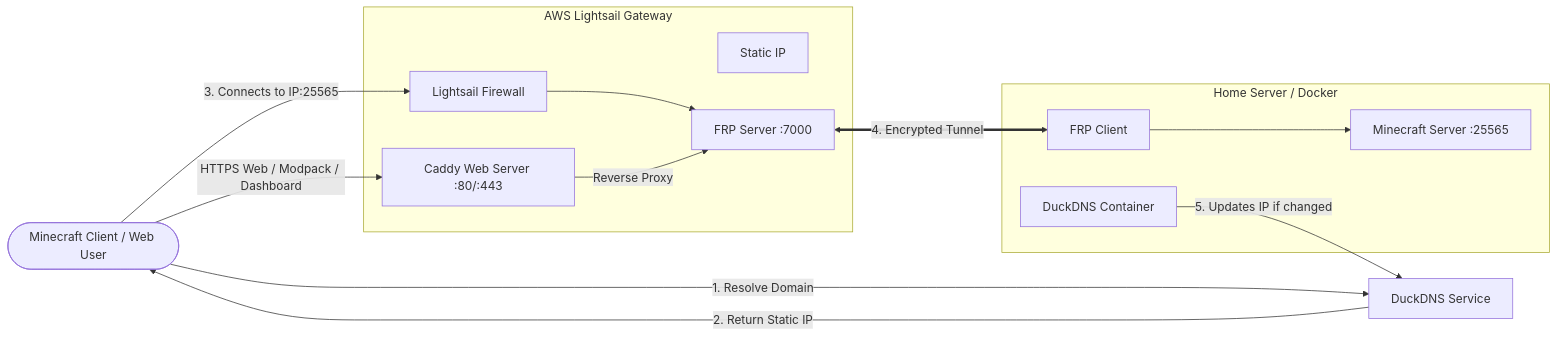
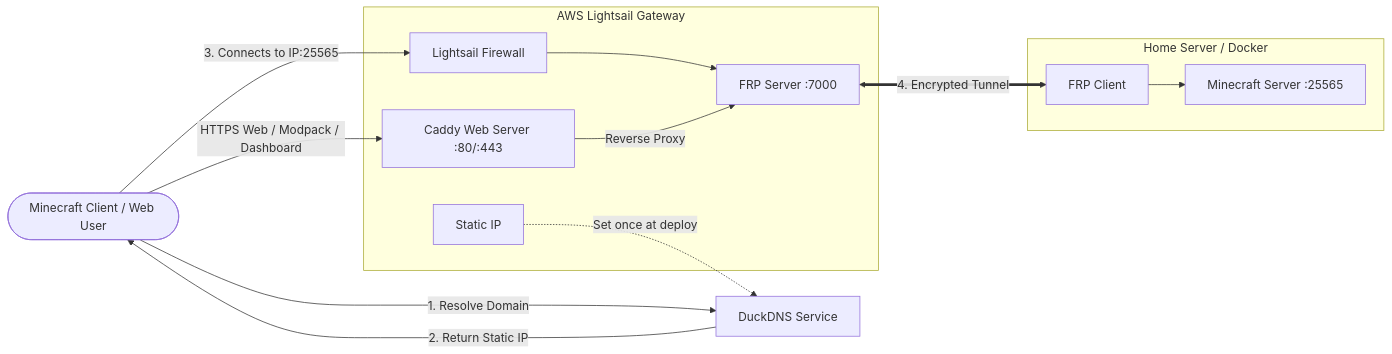
The diagram in README.md (ElliotRedhead/HybridMCServer), drawn with Mermaid before and after one commit. The commit also changed other lines of this file, not shown here.

````diff
--- a/README.md
+++ b/README.md
@@ -15,28 +15,27 @@
 ```mermaid
 graph LR
     User([Minecraft Client / Web User]) -- 1. Resolve Domain --> DNS[DuckDNS Service]
     DNS -- 2. Return Static IP --> User
 
     subgraph AWS [AWS Lightsail Gateway]
         IP[Static IP]
         CADDY[Caddy Web Server :80/:443]
         FRP_S[FRP Server :7000]
         FW[Lightsail Firewall]
     end
 
     User -- 3. Connects to IP:25565 --> FW
     User -- HTTPS Web / Modpack / Dashboard --> CADDY
 
     FW --> FRP_S
     CADDY -- Reverse Proxy --> FRP_S
 
     subgraph Home [Home Server / Docker]
         FRP_C[FRP Client]
         MC[Minecraft Server :25565]
-        DDNS[DuckDNS Container]
     end
 
     FRP_S <== 4. Encrypted Tunnel ==> FRP_C
     FRP_C --> MC
-    DDNS -- 5. Updates IP if changed --> DNS
+    IP -. Set once at deploy .-> DNS
 ```
````
